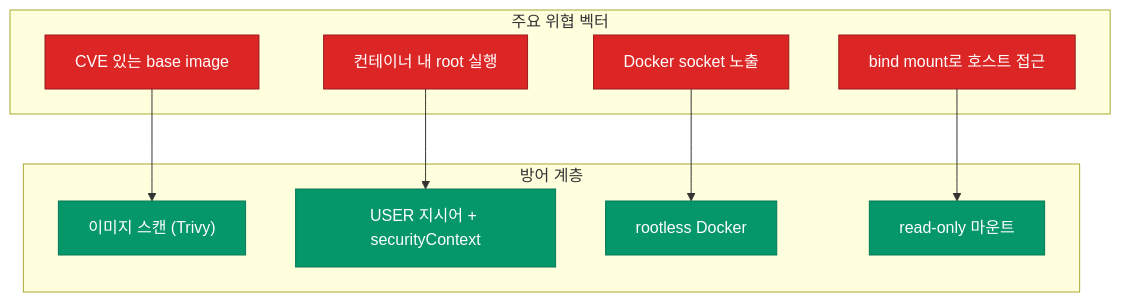
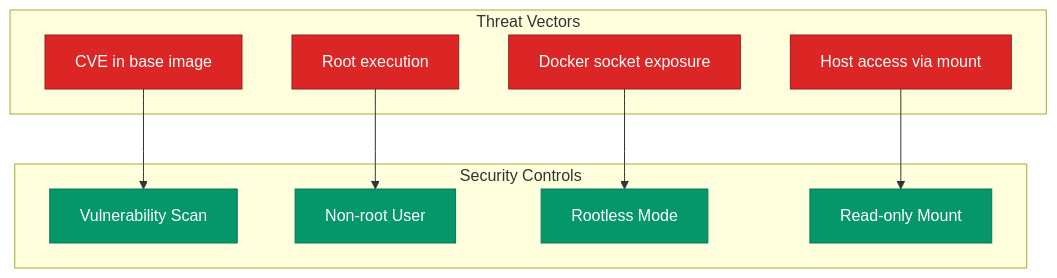
The diagram in _posts/container-orchestration/2026-04-20-docker-03-security.md (No1Joon/No1Joon.github.io), drawn with Mermaid before and after one commit. The commit also changed other lines of this file and 15 other files, not shown here.

````diff
--- a/_posts/container-orchestration/2026-04-20-docker-03-security.md
+++ b/_posts/container-orchestration/2026-04-20-docker-03-security.md
@@ -23,27 +23,27 @@
 ```mermaid
 flowchart TB
-    subgraph threats ["주요 위협 벡터"]
-        T1["CVE 있는 base image"]
-        T2["컨테이너 내 root 실행"]
-        T3["Docker socket 노출"]
-        T4["bind mount로 호스트 접근"]
+    subgraph threats [Threat Vectors]
+        T1["CVE in base image"]
+        T2["Root execution"]
+        T3["Docker socket exposure"]
+        T4["Host access via mount"]
     end
 
-    subgraph defenses ["방어 계층"]
-        D1["이미지 스캔 (Trivy)"]
-        D2["USER 지시어 + securityContext"]
-        D3["rootless Docker"]
-        D4["read-only 마운트"]
+    subgraph defenses [Security Controls]
+        D1["Vulnerability Scan"]
+        D2["Non-root User"]
+        D3["Rootless Mode"]
+        D4["Read-only Mount"]
     end
 
     T1 --> D1
     T2 --> D2
     T3 --> D3
     T4 --> D4
 
-    classDef threat fill:#dc2626,stroke:#991b1b,color:#ffffff
-    classDef defense fill:#059669,stroke:#047857,color:#ffffff
+    classDef danger fill:#dc2626,stroke:#991b1b,color:#ffffff
+    classDef success fill:#059669,stroke:#047857,color:#ffffff
 
-    class T1,T2,T3,T4 threat
-    class D1,D2,D3,D4 defense
+    class T1,T2,T3,T4 danger
+    class D1,D2,D3,D4 success
 ```
````
